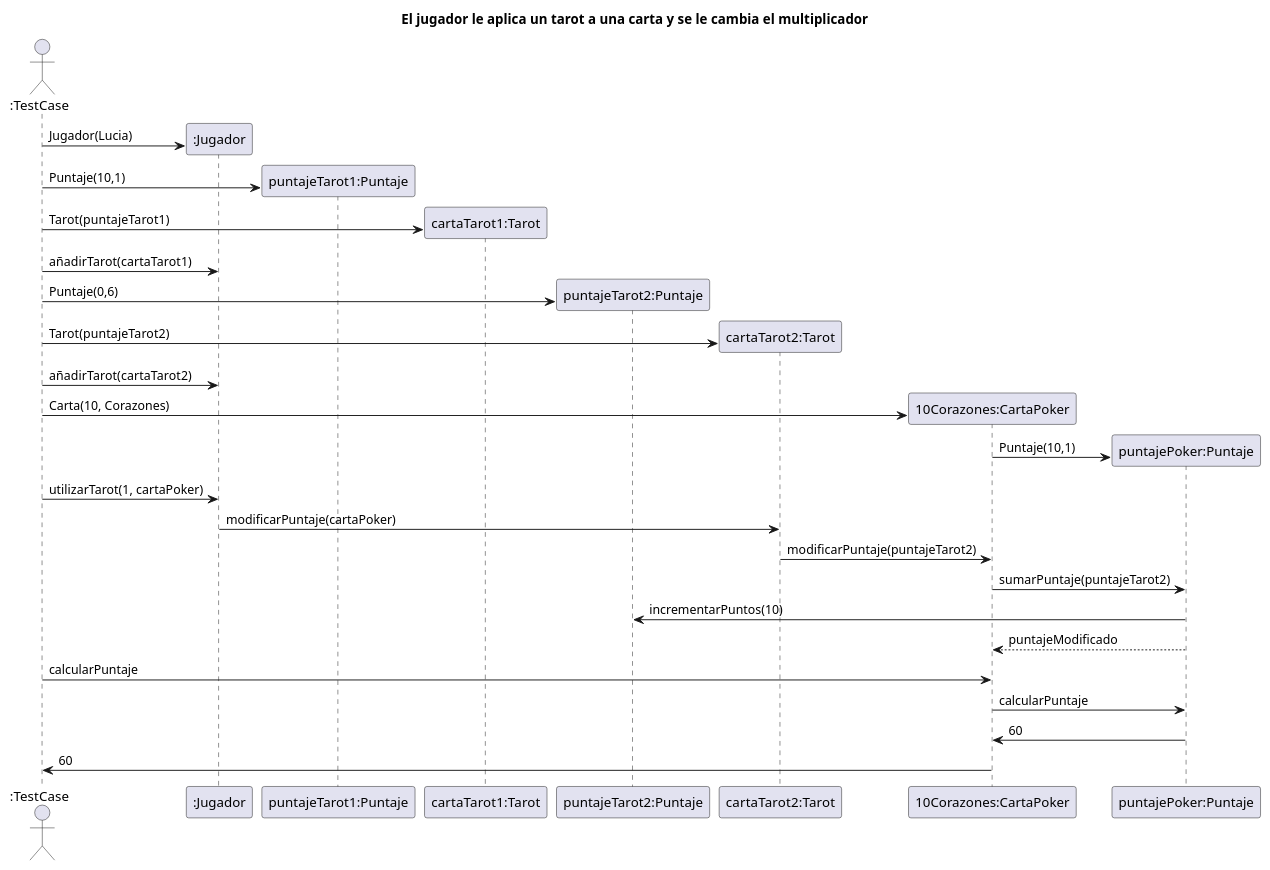
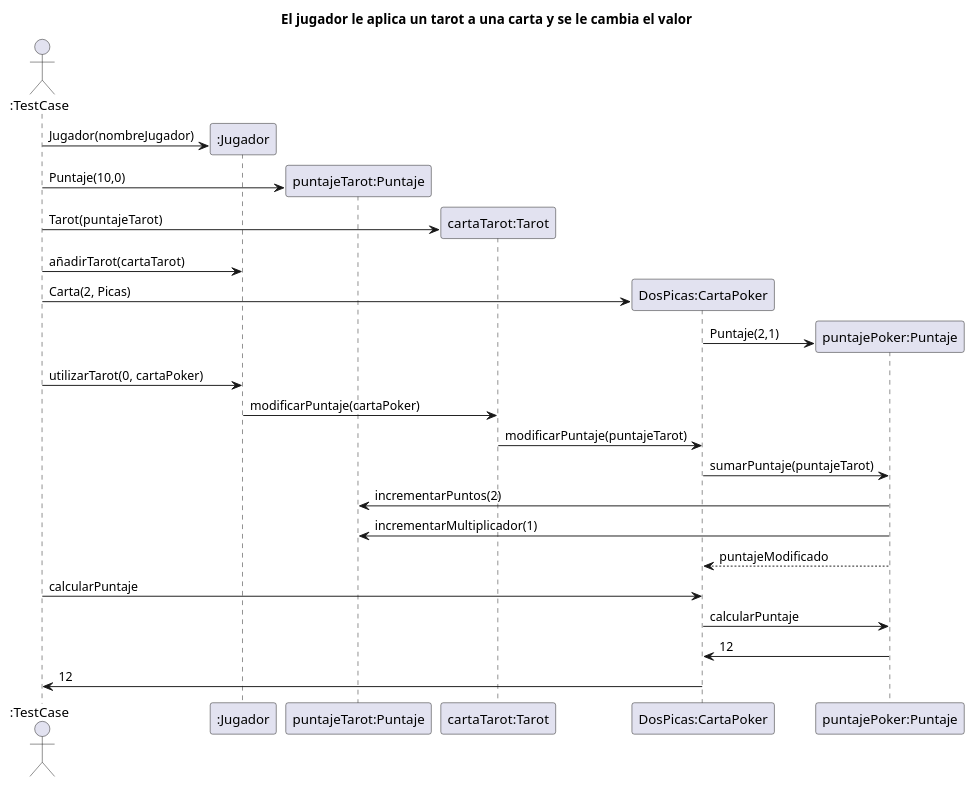
Before and after one commit to carruizdiaz1109/UBAlatro: the diagram in diagrams/sequences/Entrega1/test06.puml, drawn with PlantUML. The commit also changed 4 other files, not shown here.

Commit message:
armo diagrama de secuencia del caso 5 de la entrega1

```diff
--- a/diagrams/sequences/Entrega1/test06.puml
+++ b/diagrams/sequences/Entrega1/test06.puml
@@ -1,38 +1,34 @@
 @startuml
 'https://plantuml.com/sequence-diagram
 
-title El jugador le aplica un tarot a una carta y se le cambia el multiplicador
+title El jugador le aplica un tarot a una carta y se le cambia el valor
 
 actor ":TestCase" as user
 participant ":Jugador" as jugador
-participant "puntajeTarot1:Puntaje" as puntajeTarot1
-participant "cartaTarot1:Tarot" as tarot1
-participant "puntajeTarot2:Puntaje" as puntajeTarot2
-participant "cartaTarot2:Tarot" as tarot2
-participant "10Corazones:CartaPoker" as carta
+participant "puntajeTarot:Puntaje" as puntajeTarot
+participant "cartaTarot:Tarot" as tarot
+participant "DosPicas:CartaPoker" as carta
 participant "puntajePoker:Puntaje" as puntajePoker
 
 
-user -> jugador**: Jugador(Lucia)
-user -> puntajeTarot1 **: Puntaje(10,1)
-user -> tarot1**: Tarot(puntajeTarot1)
-user -> jugador: añadirTarot(cartaTarot1)
-user -> puntajeTarot2 **: Puntaje(0,6)
-user -> tarot2**: Tarot(puntajeTarot2)
-user -> jugador: añadirTarot(cartaTarot2)
-user -> carta**: Carta(10, Corazones)
-carta -> puntajePoker**: Puntaje(10,1)
+user -> jugador**: Jugador(nombreJugador)
+user -> puntajeTarot**: Puntaje(10,0)
+user -> tarot**: Tarot(puntajeTarot)
+user -> jugador: añadirTarot(cartaTarot)
+user -> carta**: Carta(2, Picas)
+carta -> puntajePoker**: Puntaje(2,1)
 
-user -> jugador: utilizarTarot(1, cartaPoker)
-jugador -> tarot2: modificarPuntaje(cartaPoker)
-tarot2 -> carta: modificarPuntaje(puntajeTarot2)
-carta -> puntajePoker: sumarPuntaje(puntajeTarot2)
-puntajePoker -> puntajeTarot2: incrementarPuntos(10)
+user -> jugador: utilizarTarot(0, cartaPoker)
+jugador -> tarot: modificarPuntaje(cartaPoker)
+tarot -> carta: modificarPuntaje(puntajeTarot)
+carta -> puntajePoker: sumarPuntaje(puntajeTarot)
+puntajePoker -> puntajeTarot: incrementarPuntos(2)
+puntajePoker -> puntajeTarot: incrementarMultiplicador(1)
 puntajePoker --> carta: puntajeModificado
 
 user -> carta: calcularPuntaje
 carta -> puntajePoker: calcularPuntaje
-puntajePoker -> carta: 60
-carta -> user: 60
+puntajePoker -> carta: 12
+carta -> user: 12
 
 @enduml
```
